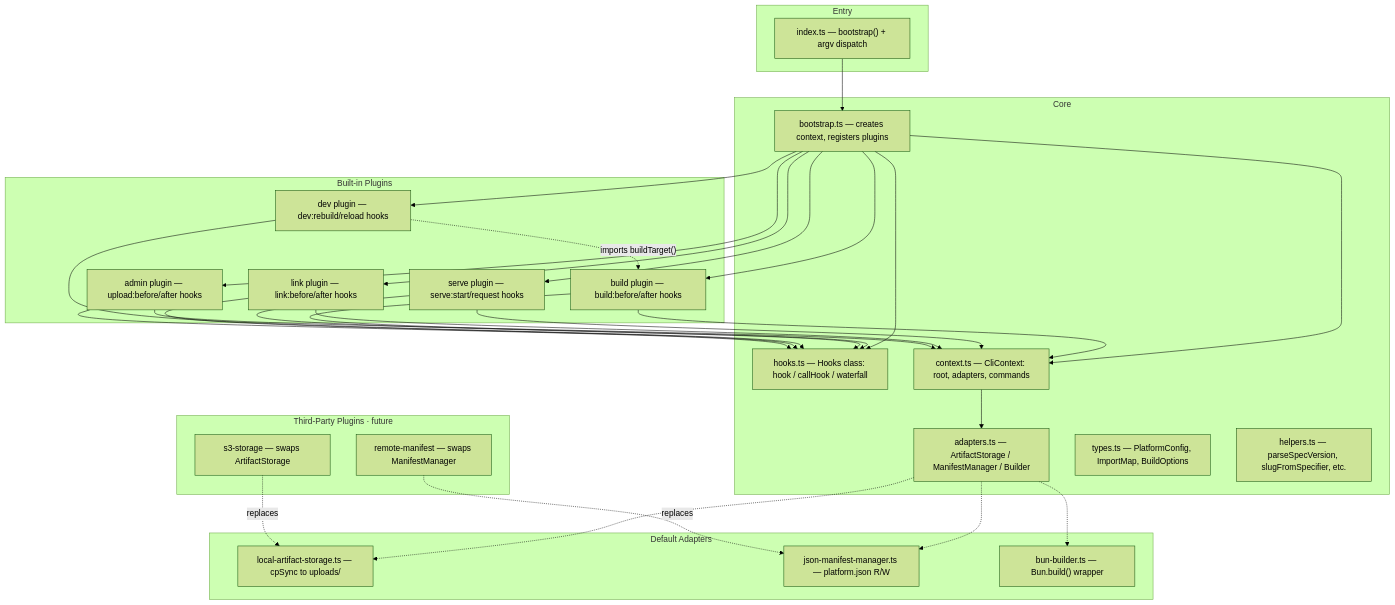
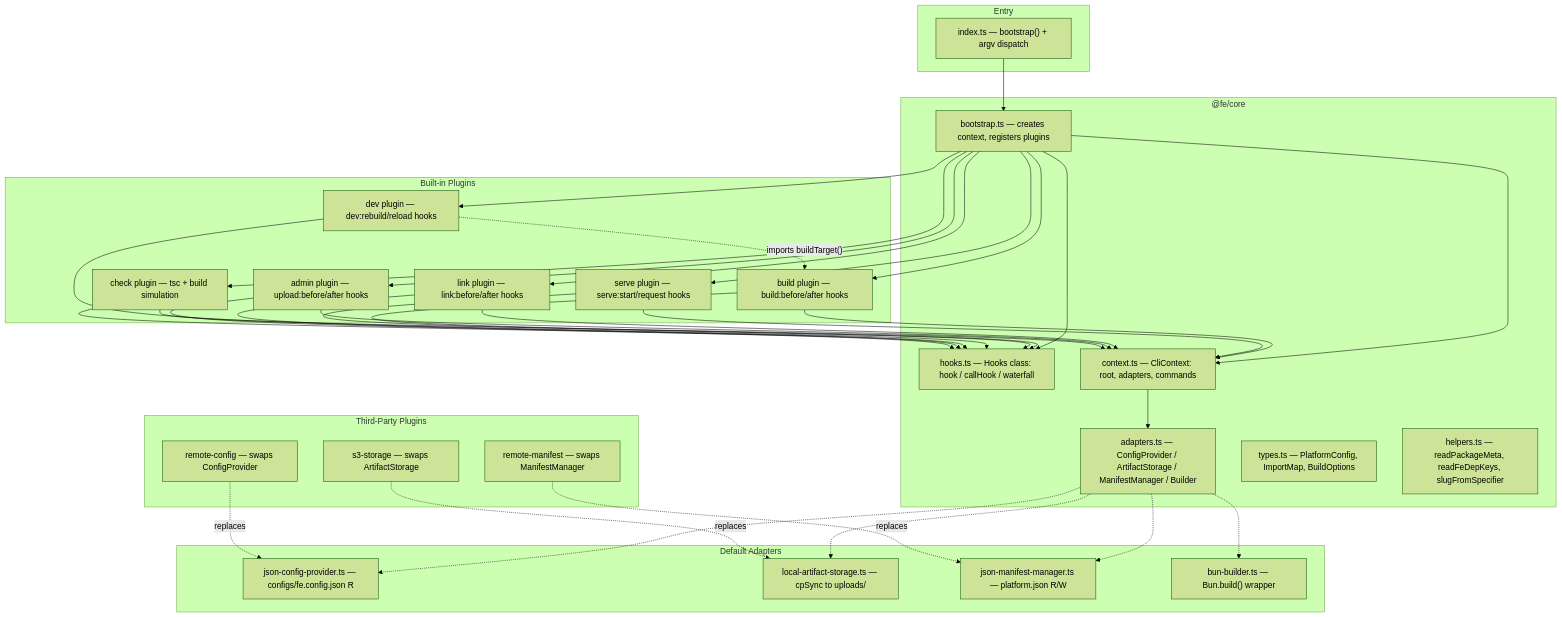
The diagram in docs/cli-architecture-proposed.md (fe-platform/fe), drawn with Mermaid (forest theme) before and after one commit. The commit also changed other lines of this file and 18 other files, not shown here.

First line of the commit message:
refactor: replace fe.config.json with ConfigProvider adapter (#12)

````diff
--- a/docs/cli-architecture-proposed.md
+++ b/docs/cli-architecture-proposed.md
@@ -7,63 +7,71 @@
 ```mermaid
 graph TB
     subgraph "Entry"
         INDEX["index.ts — bootstrap() + argv dispatch"]
     end
 
-    subgraph "Core"
+    subgraph "@fe/core"
         BOOTSTRAP["bootstrap.ts — creates context, registers plugins"]
         HOOKS["hooks.ts — Hooks class: hook / callHook / waterfall"]
         CONTEXT["context.ts — CliContext: root, adapters, commands"]
-        ADAPTERS_IF["adapters.ts — ArtifactStorage / ManifestManager / Builder"]
+        ADAPTERS_IF["adapters.ts — ConfigProvider / ArtifactStorage / ManifestManager / Builder"]
         TYPES["types.ts — PlatformConfig, ImportMap, BuildOptions"]
-        HELPERS["helpers.ts — parseSpecVersion, slugFromSpecifier, etc."]
+        HELPERS["helpers.ts — readPackageMeta, readFeDepKeys, slugFromSpecifier"]
     end
 
     subgraph "Default Adapters"
+        JSON_CFG["json-config-provider.ts — configs/fe.config.json R"]
         LOCAL["local-artifact-storage.ts — cpSync to uploads/"]
         JSON_MAN["json-manifest-manager.ts — platform.json R/W"]
         BUN_B["bun-builder.ts — Bun.build() wrapper"]
     end
 
     subgraph "Built-in Plugins"
         P_BUILD["build plugin — build:before/after hooks"]
         P_SERVE["serve plugin — serve:start/request hooks"]
         P_DEV["dev plugin — dev:rebuild/reload hooks"]
         P_LINK["link plugin — link:before/after hooks"]
         P_ADMIN["admin plugin — upload:before/after hooks"]
+        P_CHECK["check plugin — tsc + build simulation"]
     end
 
-    subgraph "Third-Party Plugins · future"
+    subgraph "Third-Party Plugins"
         P_S3["s3-storage — swaps ArtifactStorage"]
         P_REMOTE["remote-manifest — swaps ManifestManager"]
+        P_CFG["remote-config — swaps ConfigProvider"]
     end
 
     INDEX --> BOOTSTRAP
     BOOTSTRAP --> HOOKS
     BOOTSTRAP --> CONTEXT
 
     CONTEXT --> ADAPTERS_IF
+    ADAPTERS_IF -.-> JSON_CFG
     ADAPTERS_IF -.-> LOCAL
     ADAPTERS_IF -.-> JSON_MAN
     ADAPTERS_IF -.-> BUN_B
 
     BOOTSTRAP --> P_BUILD
     BOOTSTRAP --> P_SERVE
     BOOTSTRAP --> P_DEV
     BOOTSTRAP --> P_LINK
     BOOTSTRAP --> P_ADMIN
+    BOOTSTRAP --> P_CHECK
 
     P_BUILD --> HOOKS
     P_BUILD --> CONTEXT
     P_SERVE --> HOOKS
     P_SERVE --> CONTEXT
     P_DEV -.->|"imports buildTarget()"| P_BUILD
     P_DEV --> HOOKS
     P_LINK --> HOOKS
     P_LINK --> CONTEXT
     P_ADMIN --> HOOKS
     P_ADMIN --> CONTEXT
+    P_CHECK --> HOOKS
+    P_CHECK --> CONTEXT
 
     P_S3 -.->|"replaces"| LOCAL
     P_REMOTE -.->|"replaces"| JSON_MAN
+    P_CFG -.->|"replaces"| JSON_CFG
 ```
````
